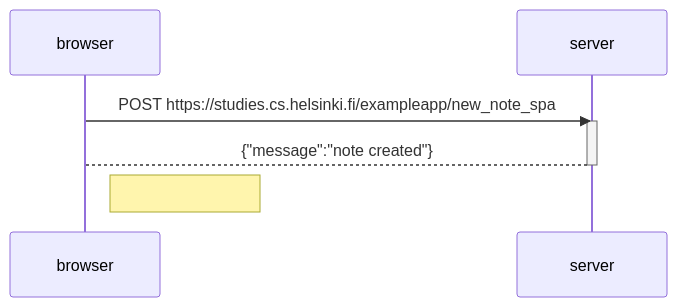
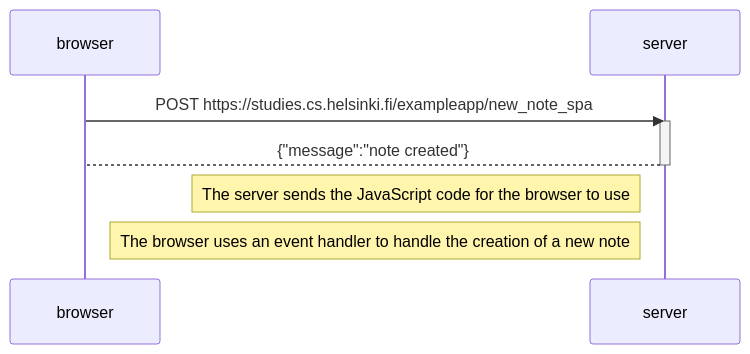
Before and after one commit to SecretShinobi/fullstack-courserepo: the diagram in part0/0.6-diagram.md, drawn with Mermaid.

````diff
--- a/part0/0.6-diagram.md
+++ b/part0/0.6-diagram.md
@@ -1,12 +1,13 @@
 ```mermaid
 sequenceDiagram
     participant browser
     participant server
 
     browser->>server: POST https://studies.cs.helsinki.fi/exampleapp/new_note_spa
     activate server
     server-->browser: {"message":"note created"}
     deactivate server
 
-    Note right of browser: #TODO: FIgure out what happened
+    Note left of server: The server sends the JavaScript code for the browser to use
+    Note right of browser: The browser uses an event handler to handle the creation of a new note
 ```
````
